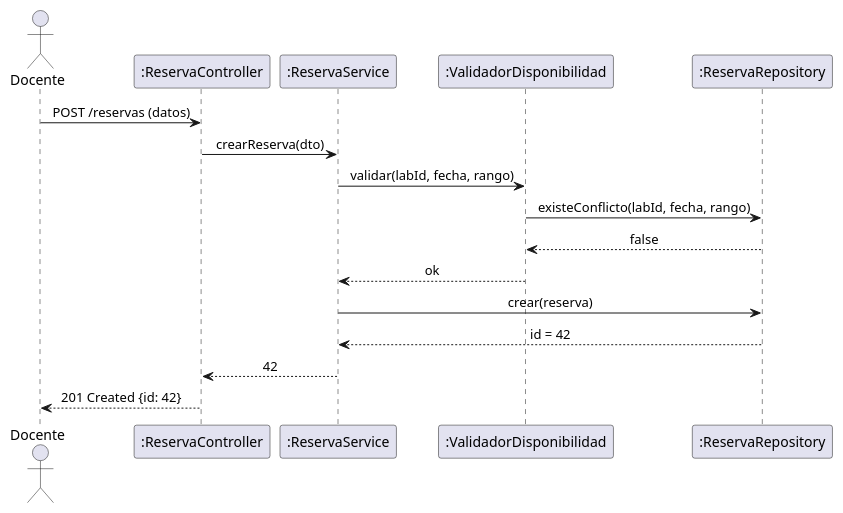
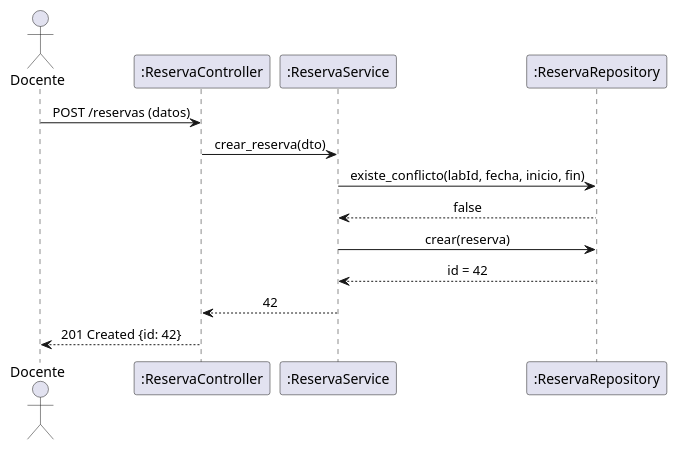
Before and after one commit to Eguamanu86/Caso-de-Estudio-POO-con-Flask-y-MySQL: the second of 3 diagrams in 01-caso-estudio-poo-enunciado-uml.md, drawn with PlantUML. The commit also changed other lines of this file and 4 other files, not shown here.

Commit message:
feat: modelado - add classes and sequence diagrams for reservations

````diff
--- a/01-caso-estudio-poo-enunciado-uml.md
+++ b/01-caso-estudio-poo-enunciado-uml.md
@@ -309,25 +377,22 @@
 ```plantuml
 @startuml
 skinparam sequenceMessageAlign center
 
 actor Docente
 participant ":ReservaController" as Controller
 participant ":ReservaService" as Service
-participant ":ValidadorDisponibilidad" as Validador
 participant ":ReservaRepository" as Repo
 
 Docente -> Controller : POST /reservas (datos)
-Controller -> Service : crearReserva(dto)
+Controller -> Service : crear_reserva(dto)
 
-Service -> Validador : validar(labId, fecha, rango)
-Validador -> Repo : existeConflicto(labId, fecha, rango)
-Repo --> Validador : false
-Validador --> Service : ok
+Service -> Repo : existe_conflicto(labId, fecha, inicio, fin)
+Repo --> Service : false
 
 Service -> Repo : crear(reserva)
 Repo --> Service : id = 42
 
 Service --> Controller : 42
 Controller --> Docente : 201 Created {id: 42}
 @enduml
 ```
````
